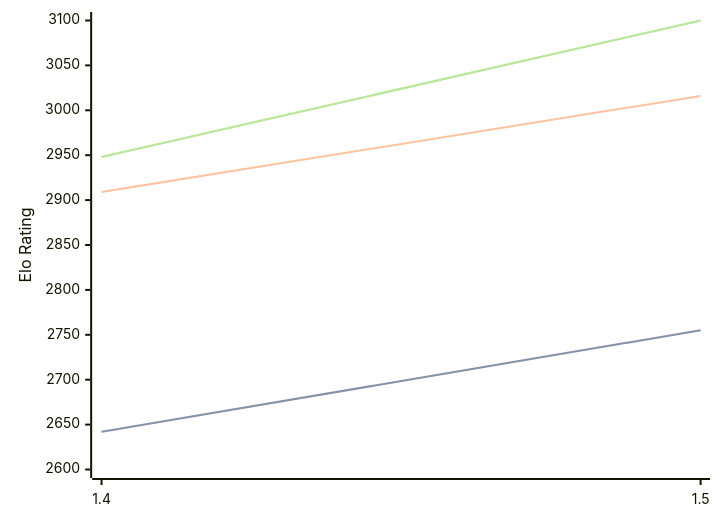
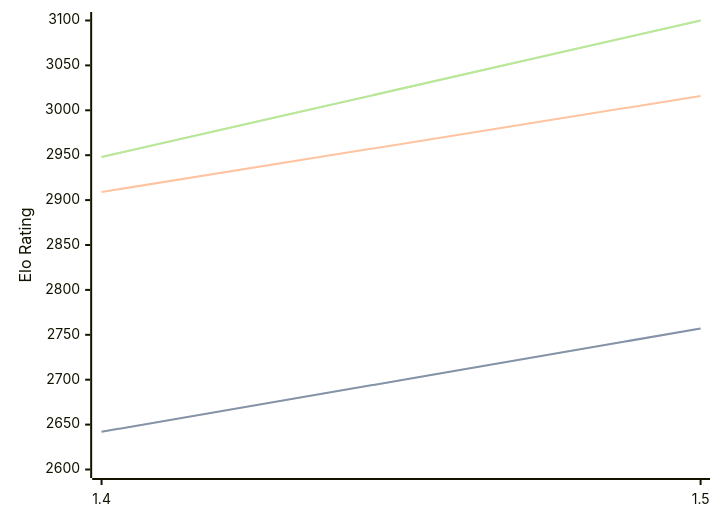
One commit to computer-chess-index/cci changed the diagram in engines/Yakka.md. Above: the diagram before and after it, drawn with Mermaid. The commit also changed other lines of this file, not shown here.

````diff
--- a/engines/Yakka.md
+++ b/engines/Yakka.md
@@ -36,11 +36,11 @@
 ```mermaid
 %%{init: {"theme":"base","themeVariables":{"seriesColors:['#a3a3a3','#222221','#faa371']}}}%%
 xychart-beta
   x-axis ["1.4", "1.5"]
   y-axis "Elo Rating" 2600 --> 3100
-  line "STC (8.0+0.08s)" [2642, 2755]
-  line "STC (8.0+0.08s)" [2642, 2755]
+  line "STC (8.0+0.08s)" [2642, 2757]
+  line "STC (8.0+0.08s)" [2642, 2757]
   line "LTC (60.0+0.60s)" [2909, 3016]
   line "VLTC (2m24s+1.12s)" [2948, 3100]
   line "VLTC (2m24s+1.12s)" [2948, 3100]
 ```
````
